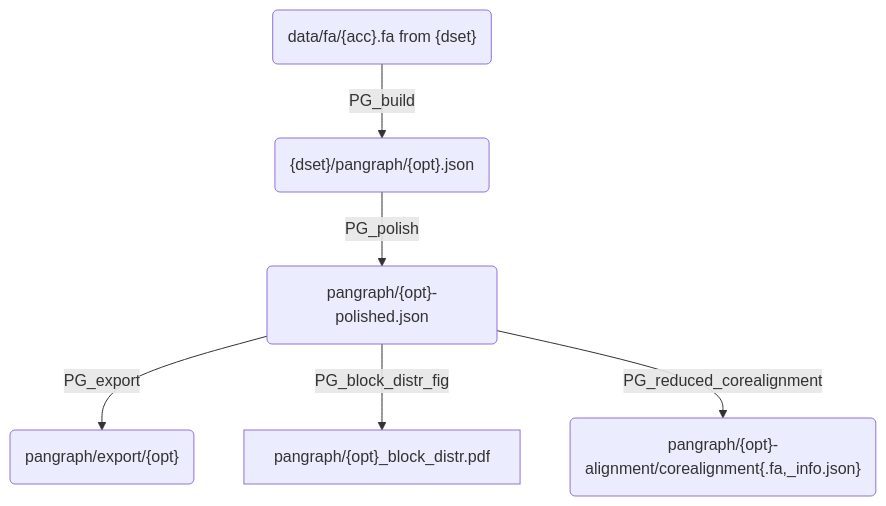
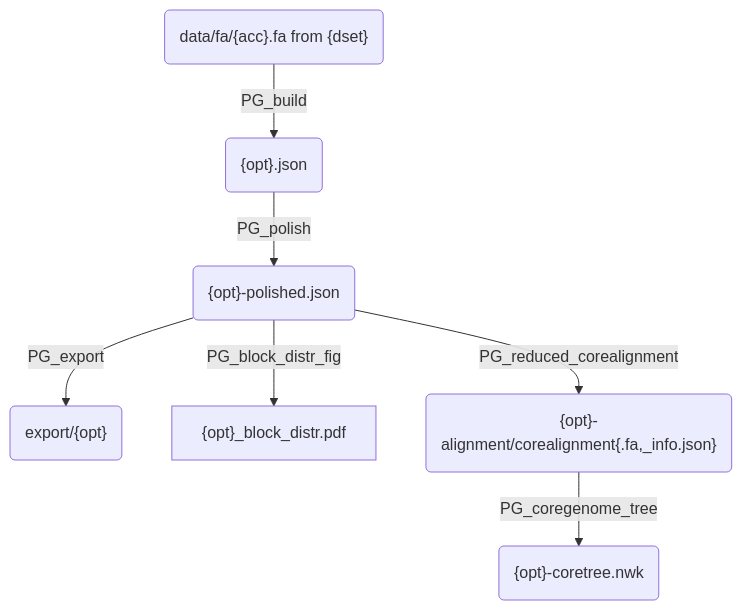
One commit to mmolari/ecoliST131-structural-evo changed the second of 2 diagrams in notes/01_workflow_description.md. Above: the diagram before and after it, drawn with Mermaid. The commit also changed other lines of this file, not shown here.

Commit message:
chore: update pipeline description

````diff
--- a/notes/01_workflow_description.md
+++ b/notes/01_workflow_description.md
@@ -16,8 +16,9 @@
 ```mermaid
 flowchart TD
-    A("data/fa/{acc}.fa from {dset}") --> |PG_build| B("{dset}/pangraph/{opt}.json") 
-    B --> |PG_polish| C("pangraph/{opt}-polished.json")
-    C --> |PG_export| D("pangraph/export/{opt}")
-    C --> |PG_block_distr_fig| E["pangraph/{opt}_block_distr.pdf"]
-    C --> |PG_reduced_corealignment| F("pangraph/{opt}-alignment/corealignment{.fa,_info.json}")
+    A("data/fa/{acc}.fa from {dset}") --> |PG_build| B("{opt}.json") 
+    B --> |PG_polish| C("{opt}-polished.json")
+    C --> |PG_export| D("export/{opt}")
+    C --> |PG_block_distr_fig| E["{opt}_block_distr.pdf"]
+    C --> |PG_reduced_corealignment| F("{opt}-alignment/corealignment{.fa,_info.json}")
+    F --> |PG_coregenome_tree| G("{opt}-coretree.nwk")
 ```
````
